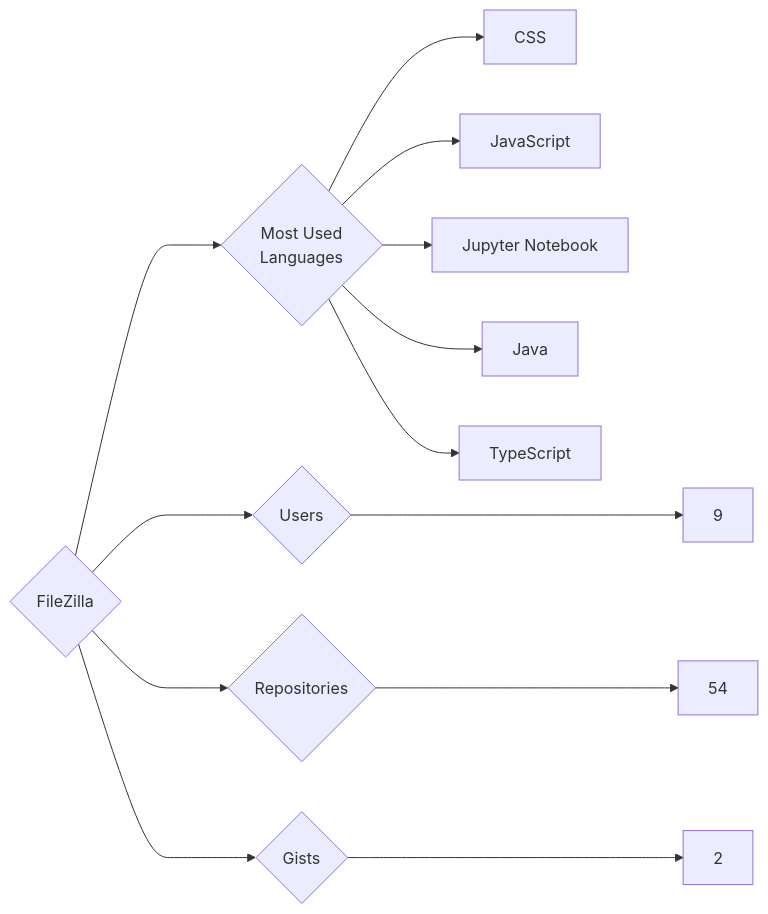
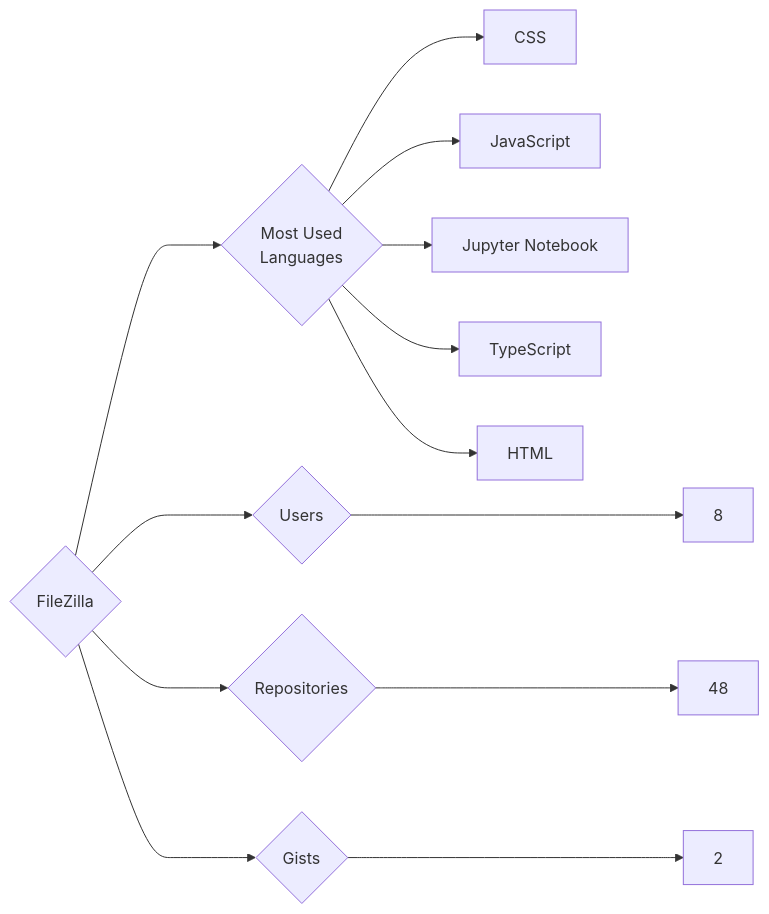
Before and after one commit to trickest/insiders: the diagram in targets/FileZilla/README.md, drawn with Mermaid. The commit also changed 1055 other files, not shown here.

````diff
--- a/targets/FileZilla/README.md
+++ b/targets/FileZilla/README.md
@@ -3,13 +3,13 @@
 ```mermaid
 graph LR
 COMPANY_NAME{FileZilla}
-COMPANY_NAME ---> U{Users} ---> UN[9]
-COMPANY_NAME ---> R{Repositories} ---> RN[54]
+COMPANY_NAME ---> U{Users} ---> UN[8]
+COMPANY_NAME ---> R{Repositories} ---> RN[48]
 COMPANY_NAME ---> G{Gists} ---> GN[2]
 COMPANY_NAME ---> ML{Most Used<br>Languages}
 ML --> CSS[CSS]
 ML --> JavaScript[JavaScript]
 ML --> Jupyter_Notebook[Jupyter Notebook]
-ML --> Java[Java]
 ML --> TypeScript[TypeScript]
+ML --> HTML[HTML]
 ```
````
